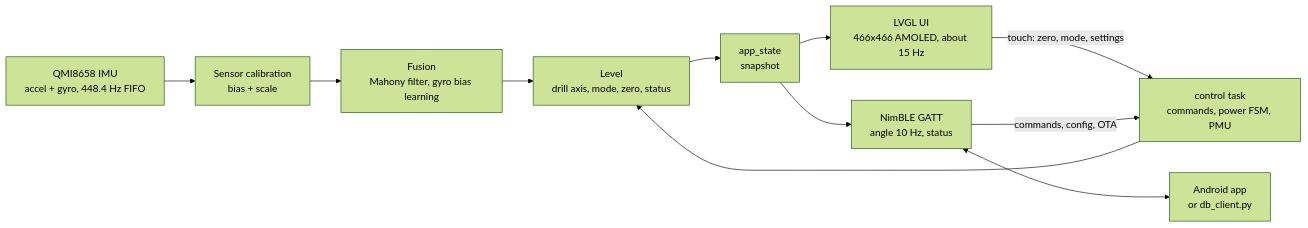
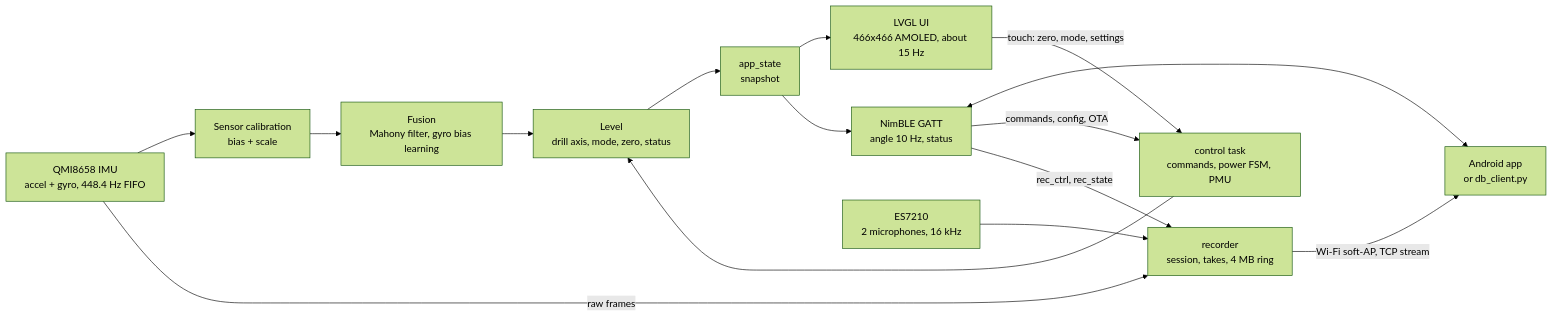
One commit to Tropaion/Drill_Balancer changed the diagram in README.md. Above: the diagram before and after it, drawn with Mermaid (forest theme). The commit also changed other lines of this file and 4 other files, not shown here.

````diff
--- a/README.md
+++ b/README.md
@@ -68,13 +96,17 @@
 ```mermaid
 flowchart LR
   IMU["QMI8658 IMU<br/>accel + gyro, 448.4 Hz FIFO"] --> CAL["Sensor calibration<br/>bias + scale"]
   CAL --> FUS["Fusion<br/>Mahony filter, gyro bias learning"]
   FUS --> LVL["Level<br/>drill axis, mode, zero, status"]
   LVL --> ST["app_state<br/>snapshot"]
   ST --> UI["LVGL UI<br/>466x466 AMOLED, about 15 Hz"]
   ST --> BLE["NimBLE GATT<br/>angle 10 Hz, status"]
   BLE <--> APP["Android app<br/>or db_client.py"]
   UI -- "touch: zero, mode, settings" --> CTL["control task<br/>commands, power FSM, PMU"]
   BLE -- "commands, config, OTA" --> CTL
   CTL --> LVL
+  IMU -- "raw frames" --> REC["recorder<br/>session, takes, 4 MB ring"]
+  MIC["ES7210<br/>2 microphones, 16 kHz"] --> REC
+  BLE -- "rec_ctrl, rec_state" --> REC
+  REC -- "Wi-Fi soft-AP, TCP stream" --> APP
 ```
````
